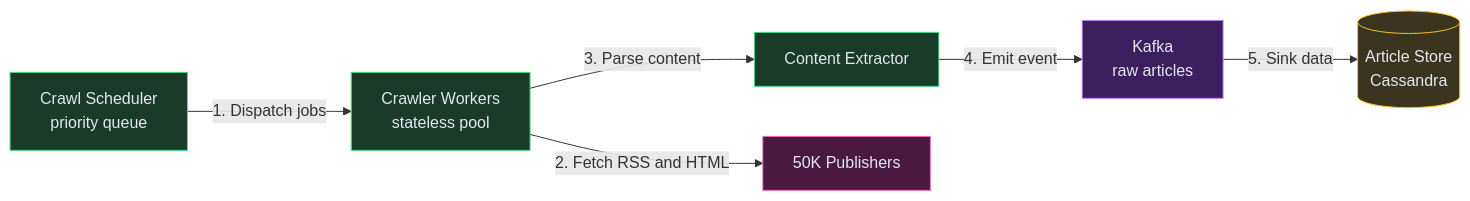
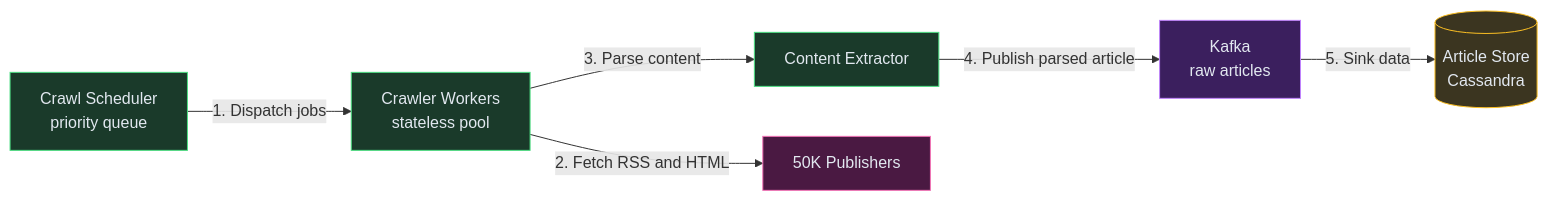
The second of 7 diagrams in content/hld/NewsAggregator.md (iluzn/HLD-Designs), drawn with Mermaid before and after one commit. The commit also changed other lines of this file and 27 other files, not shown here.

````diff
--- a/content/hld/NewsAggregator.md
+++ b/content/hld/NewsAggregator.md
@@ -155,21 +155,21 @@
 ```mermaid
 flowchart LR
     SCHED["Crawl Scheduler<br/>priority queue"]:::service
     WORKERS["Crawler Workers<br/>stateless pool"]:::service
     EXTRACT["Content Extractor"]:::service
     KF["Kafka<br/>raw articles"]:::async
     STORE[("Article Store<br/>Cassandra")]:::data
     SOURCES["50K Publishers"]:::external
 
     SCHED -->|"1. Dispatch jobs"| WORKERS
     WORKERS -->|"2. Fetch RSS and HTML"| SOURCES
     WORKERS -->|"3. Parse content"| EXTRACT
-    EXTRACT -->|"4. Emit event"| KF
+    EXTRACT -->|"4. Publish parsed article"| KF
     KF -->|"5. Sink data"| STORE
 
     classDef client fill:#4c3a5e,stroke:#818cf8,color:#e2e8f0
     classDef service fill:#1a3a2a,stroke:#4ade80,color:#e2e8f0
     classDef data fill:#3b3520,stroke:#fbbf24,color:#e2e8f0
     classDef async fill:#3b1f5e,stroke:#c084fc,color:#e2e8f0
     classDef external fill:#4a1942,stroke:#f472b6,color:#e2e8f0
 ```
````
